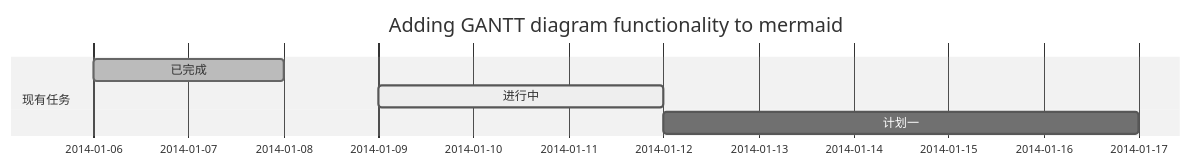
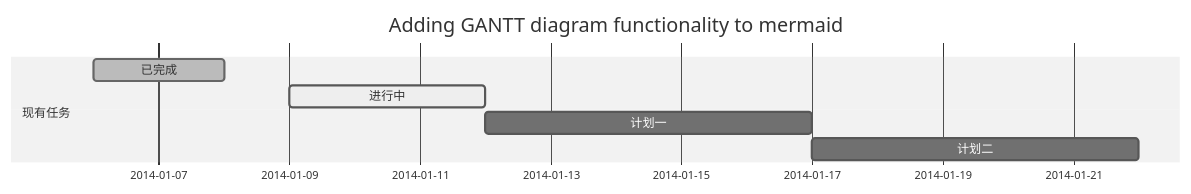
One commit to bksqmy/order changed the first of 4 diagrams in README.md. Above: the diagram before and after it, drawn with Mermaid (neutral theme). The commit also changed other lines of this file, not shown here.

````diff
--- a/README.md
+++ b/README.md
@@ -12,9 +172,10 @@
 ```mermaid
 gantt
         dateFormat  YYYY-MM-DD
         title Adding GANTT diagram functionality to mermaid
         section 现有任务
         已完成               :done,    des1, 2014-01-06,2014-01-08
         进行中               :active,  des2, 2014-01-09, 3d
         计划一               :         des3, after des2, 5d
+        计划二               :         des4, after des3, 5d
 ```
````
